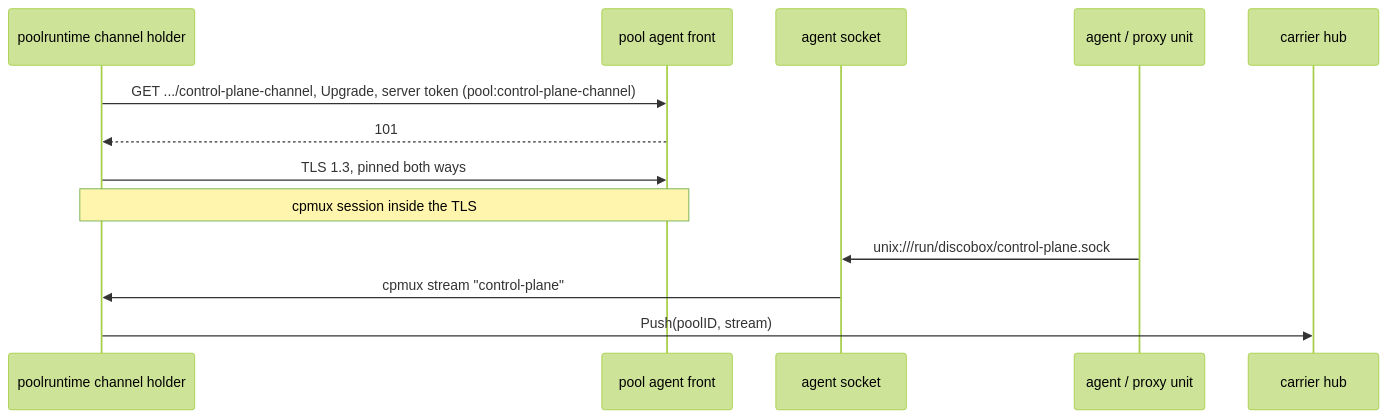
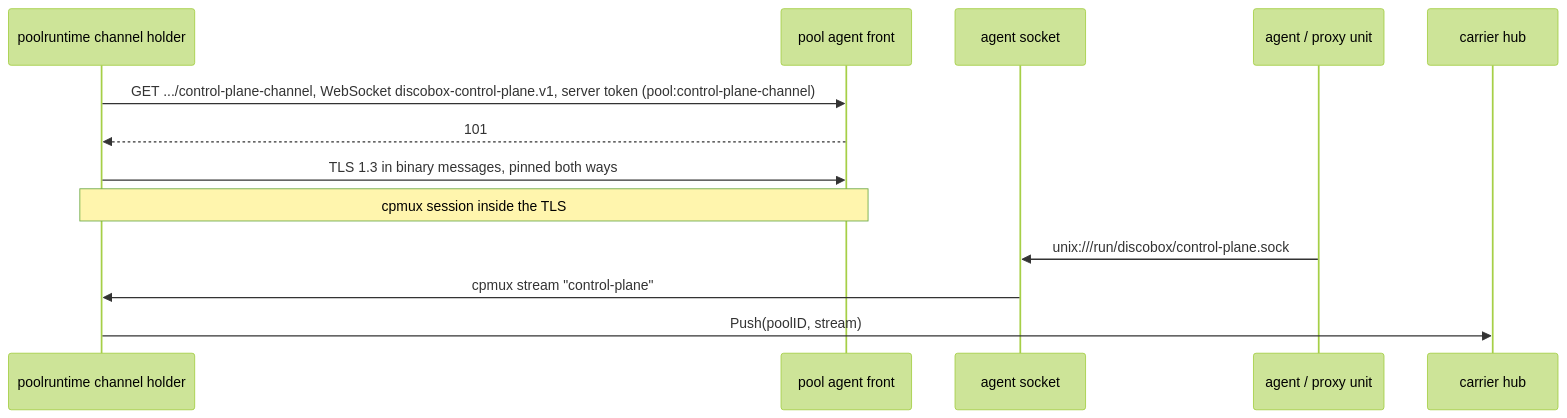
The second of 2 diagrams in server/providers/DESIGN.md (discobox-ai/discobox), drawn with Mermaid (forest theme) before and after one commit. The commit also changed other lines of this file and 5 other files, not shown here.

First line of the commit message:
fix(cpchannel): open the control-plane channel as a standard WebSocket

````diff
--- a/server/providers/DESIGN.md
+++ b/server/providers/DESIGN.md
@@ -707,15 +707,15 @@
 ```mermaid
 sequenceDiagram
     participant H as poolruntime channel holder
     participant A as pool agent front
     participant S as agent socket
     participant P as agent / proxy unit
     participant C as carrier hub
-    H->>A: GET .../control-plane-channel, Upgrade, server token (pool:control-plane-channel)
+    H->>A: GET .../control-plane-channel, WebSocket discobox-control-plane.v1, server token (pool:control-plane-channel)
     A-->>H: 101
-    H->>A: TLS 1.3, pinned both ways
+    H->>A: TLS 1.3 in binary messages, pinned both ways
     Note over H,A: cpmux session inside the TLS
     P->>S: unix:///run/discobox/control-plane.sock
     S->>H: cpmux stream "control-plane"
     H->>C: Push(poolID, stream)
 ```
````
